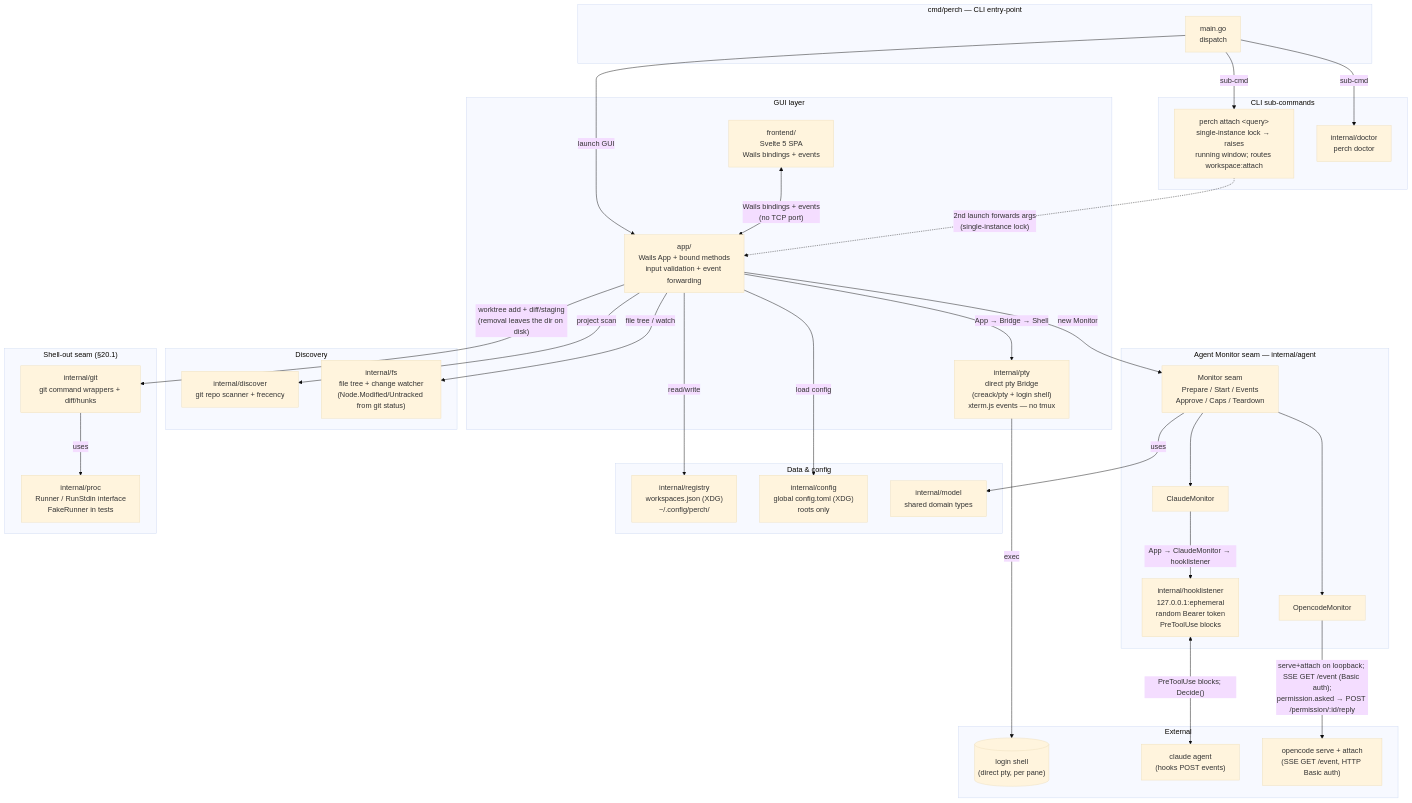
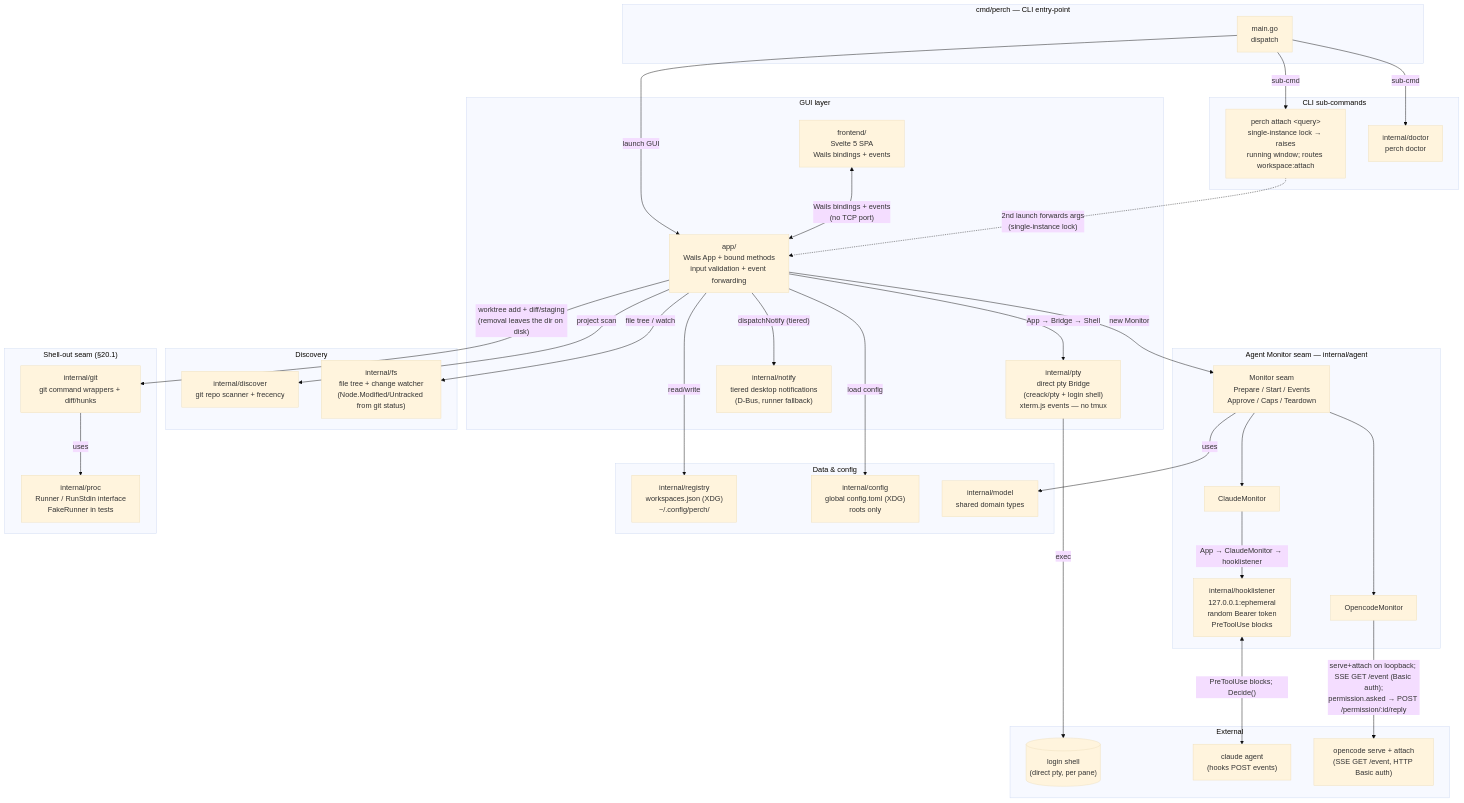
The diagram in docs/diagrams/architecture.mmd (miniature-pug/perch), drawn with Mermaid (base theme) before and after one commit. The commit also changed 11 other files, not shown here.

```diff
--- a/docs/diagrams/architecture.mmd
+++ b/docs/diagrams/architecture.mmd
@@ -1,70 +1,72 @@
 flowchart TD
     subgraph CLI["cmd/perch — CLI entry-point"]
         main["main.go\ndispatch"]
     end
 
     subgraph GUILayer["GUI layer"]
         apppkg["app/\nWails App + bound methods\ninput validation + event forwarding"]
         pty["internal/pty\ndirect pty Bridge\n(creack/pty + login shell)\nxterm.js events — no tmux"]
+        notify["internal/notify\ntiered desktop notifications\n(D-Bus, runner fallback)"]
         frontend["frontend/\nSvelte 5 SPA\nWails bindings + events"]
     end
 
     subgraph Agents["Agent Monitor seam — internal/agent"]
         monitor["Monitor seam\nPrepare / Start / Events\nApprove / Caps / Teardown"]
         claudemon["ClaudeMonitor"]
         opencodemon["OpencodeMonitor"]
         hooklistener["internal/hooklistener\n127.0.0.1:ephemeral\nrandom Bearer token\nPreToolUse blocks"]
     end
 
     subgraph CLIFlows["CLI sub-commands"]
         attach["perch attach &lt;query&gt;\nsingle-instance lock → raises\nrunning window; routes workspace:attach"]
         doctor["internal/doctor\nperch doctor"]
     end
 
     subgraph DataLayer["Data & config"]
         registry["internal/registry\nworkspaces.json (XDG)\n~/.config/perch/"]
         config["internal/config\nglobal config.toml (XDG)\nroots only"]
         model["internal/model\nshared domain types"]
     end
 
     subgraph Discovery["Discovery"]
         discover["internal/discover\ngit repo scanner + frecency"]
         fs["internal/fs\nfile tree + change watcher\n(Node.Modified/Untracked from git status)"]
     end
 
     subgraph ShellSeam["Shell-out seam (§20.1)"]
         proc["internal/proc\nRunner / RunStdin interface\nFakeRunner in tests"]
         git["internal/git\ngit command wrappers + diff/hunks"]
     end
 
     subgraph External["External"]
         shell[("login shell\n(direct pty, per pane)")]
         claudeagent["claude agent\n(hooks POST events)"]
         opencodeagent["opencode serve + attach\n(SSE GET /event, HTTP Basic auth)"]
     end
 
     main -->|"launch GUI"| apppkg
     main -->|"sub-cmd"| attach
     main -->|"sub-cmd"| doctor
 
     frontend <-->|"Wails bindings + events\n(no TCP port)"| apppkg
     apppkg -->|"App → Bridge → Shell"| pty
+    apppkg -->|"dispatchNotify (tiered)"| notify
     apppkg -->|"new Monitor"| monitor
     apppkg -->|"read/write"| registry
     apppkg -->|"load config"| config
     apppkg -->|"worktree add + diff/staging\n(removal leaves the dir on disk)"| git
     apppkg -->|"file tree / watch"| fs
     apppkg -->|"project scan"| discover
 
     pty -->|"exec"| shell
 
     monitor --> claudemon
     monitor --> opencodemon
     claudemon -->|"App → ClaudeMonitor → hooklistener"| hooklistener
     hooklistener <-->|"PreToolUse blocks; Decide()"| claudeagent
     opencodemon -->|"serve+attach on loopback; SSE GET /event (Basic auth);\npermission.asked → POST /permission/:id/reply"| opencodeagent
 
     attach -.->|"2nd launch forwards args\n(single-instance lock)"| apppkg
 
     git -->|"uses"| proc
     monitor -->|"uses"| model
```
